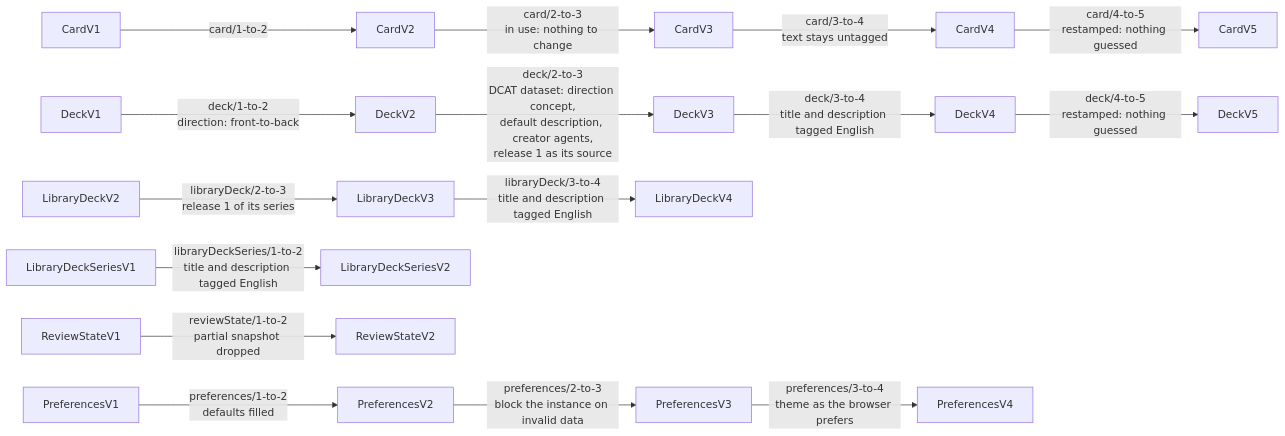
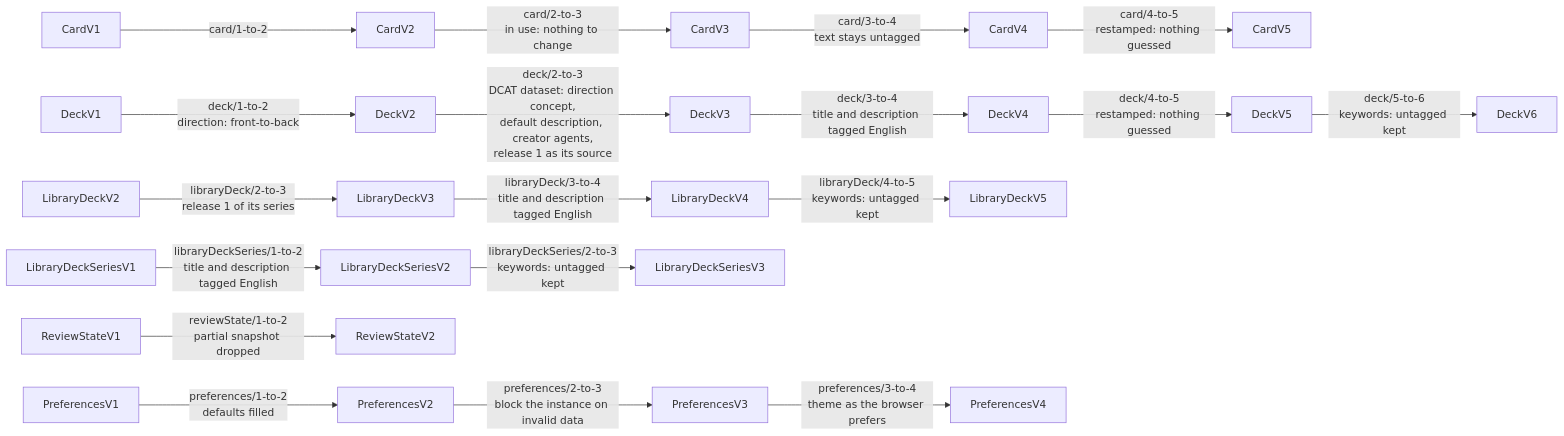
The first of 3 diagrams in docs/migrations.md (antwika/solid-memo), drawn with Mermaid before and after one commit. The commit also changed other lines of this file and 106 other files, not shown here.

First line of the commit message:
Show a deck's keywords in the reader's language, each tagged with its own

````diff
--- a/docs/migrations.md
+++ b/docs/migrations.md
@@ -87,18 +102,21 @@
 ```mermaid
 flowchart LR
     v1["CardV1"] -->|card/1-to-2| v2["CardV2"]
     v2 -->|card/2-to-3<br/>in use: nothing to change| v3["CardV3"]
     v3 -->|card/3-to-4<br/>text stays untagged| v4["CardV4"]
     v4 -->|card/4-to-5<br/>restamped: nothing guessed| v5["CardV5"]
     d1["DeckV1"] -->|deck/1-to-2<br/>direction: front-to-back| d2["DeckV2"]
     d2 -->|deck/2-to-3<br/>DCAT dataset: direction concept,<br/>default description, creator agents,<br/>release 1 as its source| d3["DeckV3"]
     d3 -->|deck/3-to-4<br/>title and description tagged English| d4["DeckV4"]
     d4 -->|deck/4-to-5<br/>restamped: nothing guessed| d5["DeckV5"]
+    d5 -->|deck/5-to-6<br/>keywords: untagged kept| d6["DeckV6"]
     l2["LibraryDeckV2"] -->|libraryDeck/2-to-3<br/>release 1 of its series| l3["LibraryDeckV3"]
     l3 -->|libraryDeck/3-to-4<br/>title and description tagged English| l4["LibraryDeckV4"]
+    l4 -->|libraryDeck/4-to-5<br/>keywords: untagged kept| l5["LibraryDeckV5"]
     s1["LibraryDeckSeriesV1"] -->|libraryDeckSeries/1-to-2<br/>title and description tagged English| s2["LibraryDeckSeriesV2"]
+    s2 -->|libraryDeckSeries/2-to-3<br/>keywords: untagged kept| s3["LibraryDeckSeriesV3"]
     r1["ReviewStateV1"] -->|reviewState/1-to-2<br/>partial snapshot dropped| r2["ReviewStateV2"]
     p1["PreferencesV1"] -->|preferences/1-to-2<br/>defaults filled| p2["PreferencesV2"]
     p2 -->|preferences/2-to-3<br/>block the instance on invalid data| p3["PreferencesV3"]
     p3 -->|preferences/3-to-4<br/>theme as the browser prefers| p4["PreferencesV4"]
 ```
````
